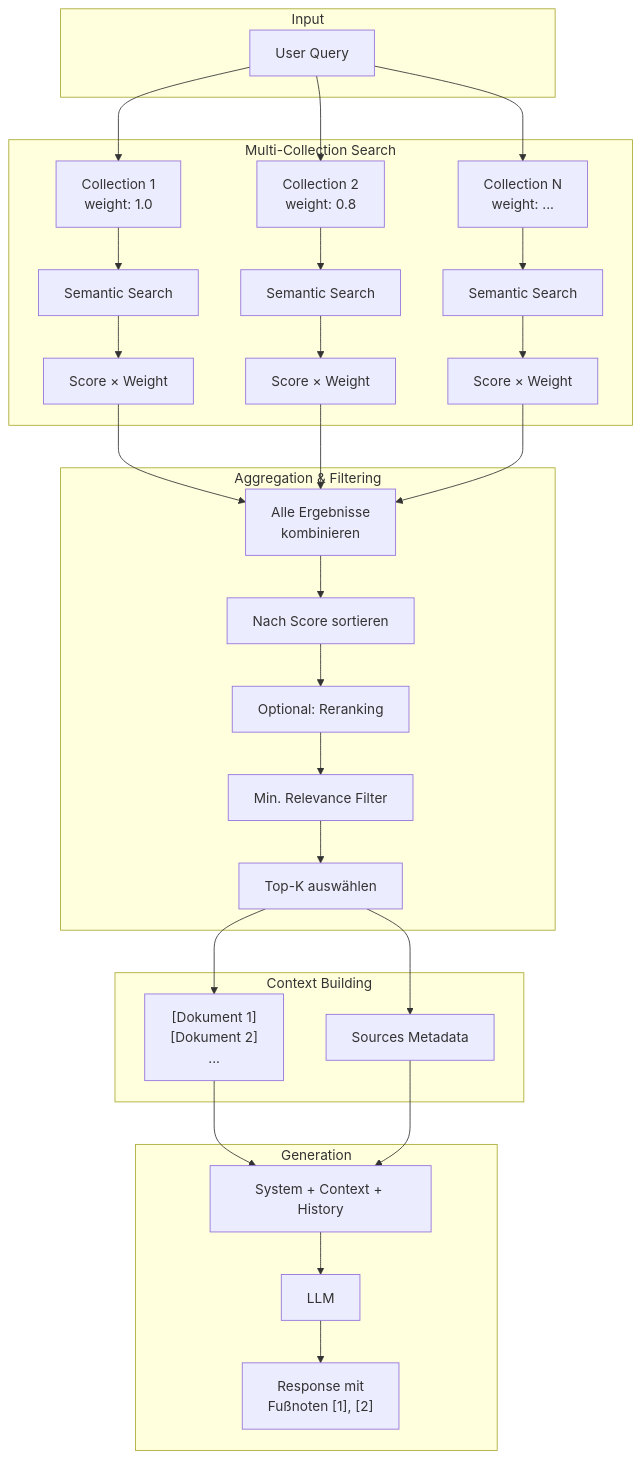
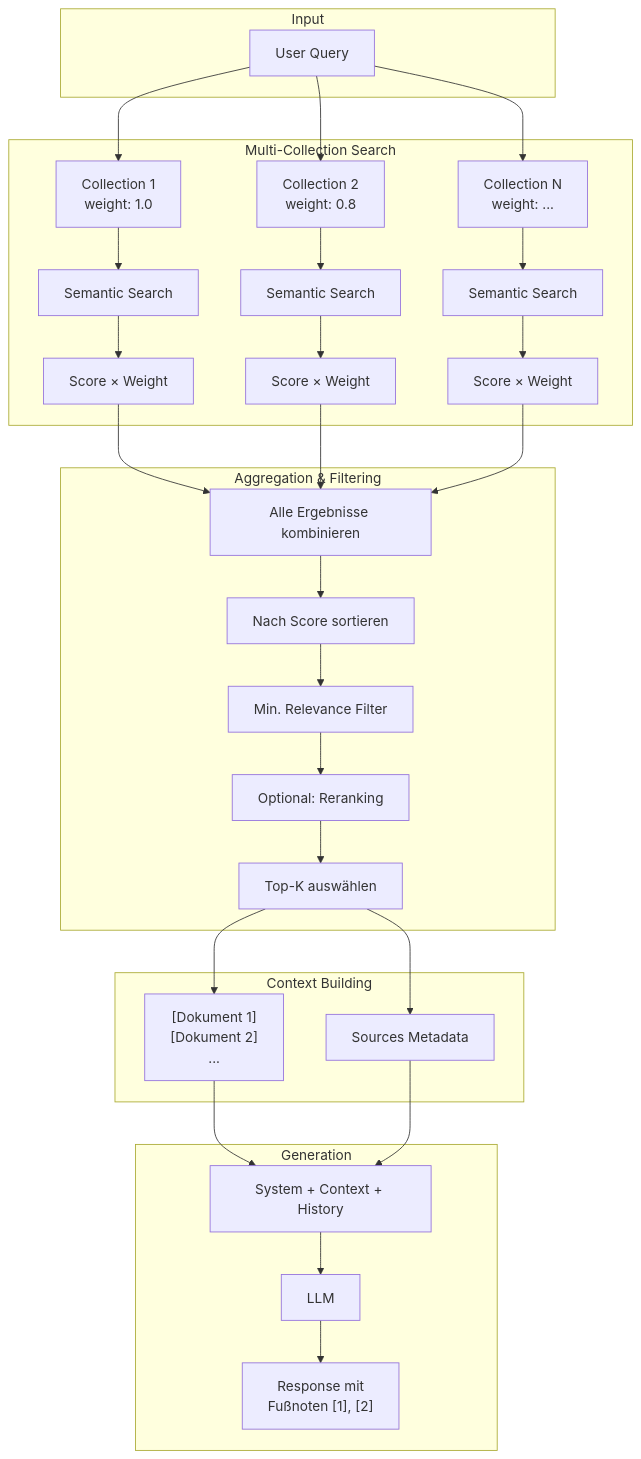
One commit to th-nuernberg/llars changed the second of 2 diagrams in docs/docs/agentic-ai/rag.md. Above: the diagram before and after it, drawn with Mermaid. The commit also changed other lines of this file and 72 other files, not shown here.

````diff
--- a/docs/docs/agentic-ai/rag.md
+++ b/docs/docs/agentic-ai/rag.md
@@ -104,42 +104,42 @@
 ```mermaid
 flowchart TB
     subgraph Input
         Q[User Query]
     end
 
     subgraph MultiCollection["Multi-Collection Search"]
         Q --> C1[Collection 1<br/>weight: 1.0]
         Q --> C2[Collection 2<br/>weight: 0.8]
         Q --> C3[Collection N<br/>weight: ...]
 
         C1 --> S1[Semantic Search]
         C2 --> S2[Semantic Search]
         C3 --> S3[Semantic Search]
 
         S1 --> W1["Score × Weight"]
         S2 --> W2["Score × Weight"]
         S3 --> W3["Score × Weight"]
     end
 
     subgraph Aggregation["Aggregation & Filtering"]
-        W1 --> AGG[Alle Ergebnisse<br/>kombinieren]
+        W1 --> AGG[Alle Ergebnisse kombinieren]
         W2 --> AGG
         W3 --> AGG
         AGG --> SORT[Nach Score sortieren]
-        SORT --> RERANK[Optional: Reranking]
-        RERANK --> FILTER[Min. Relevance Filter]
-        FILTER --> TOPK["Top-K auswählen"]
+        SORT --> MINR[Min. Relevance Filter]
+        MINR --> RERANK[Optional: Reranking]
+        RERANK --> TOPK["Top-K auswählen"]
     end
 
     subgraph ContextBuilding["Context Building"]
         TOPK --> CTX["[Dokument 1]<br/>[Dokument 2]<br/>..."]
         TOPK --> SRC[Sources Metadata]
     end
 
     subgraph Generation
         CTX --> PROMPT[System + Context + History]
         SRC --> PROMPT
         PROMPT --> LLM[LLM]
         LLM --> RESP["Response mit<br/>Fußnoten [1], [2]"]
     end
 ```
````
